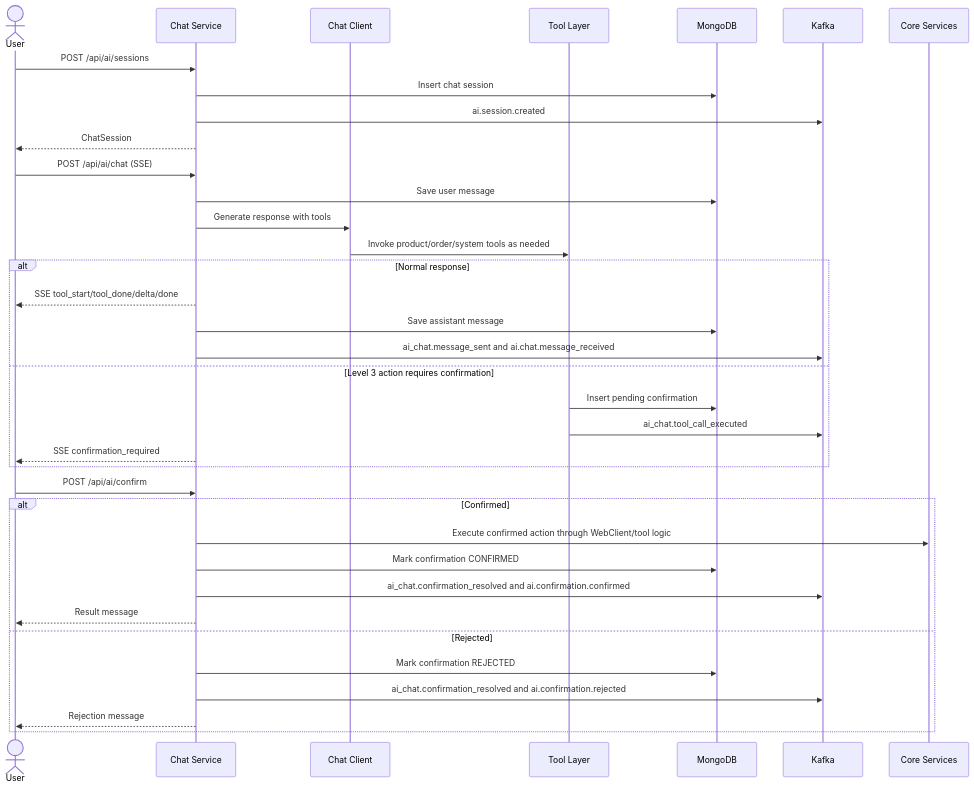
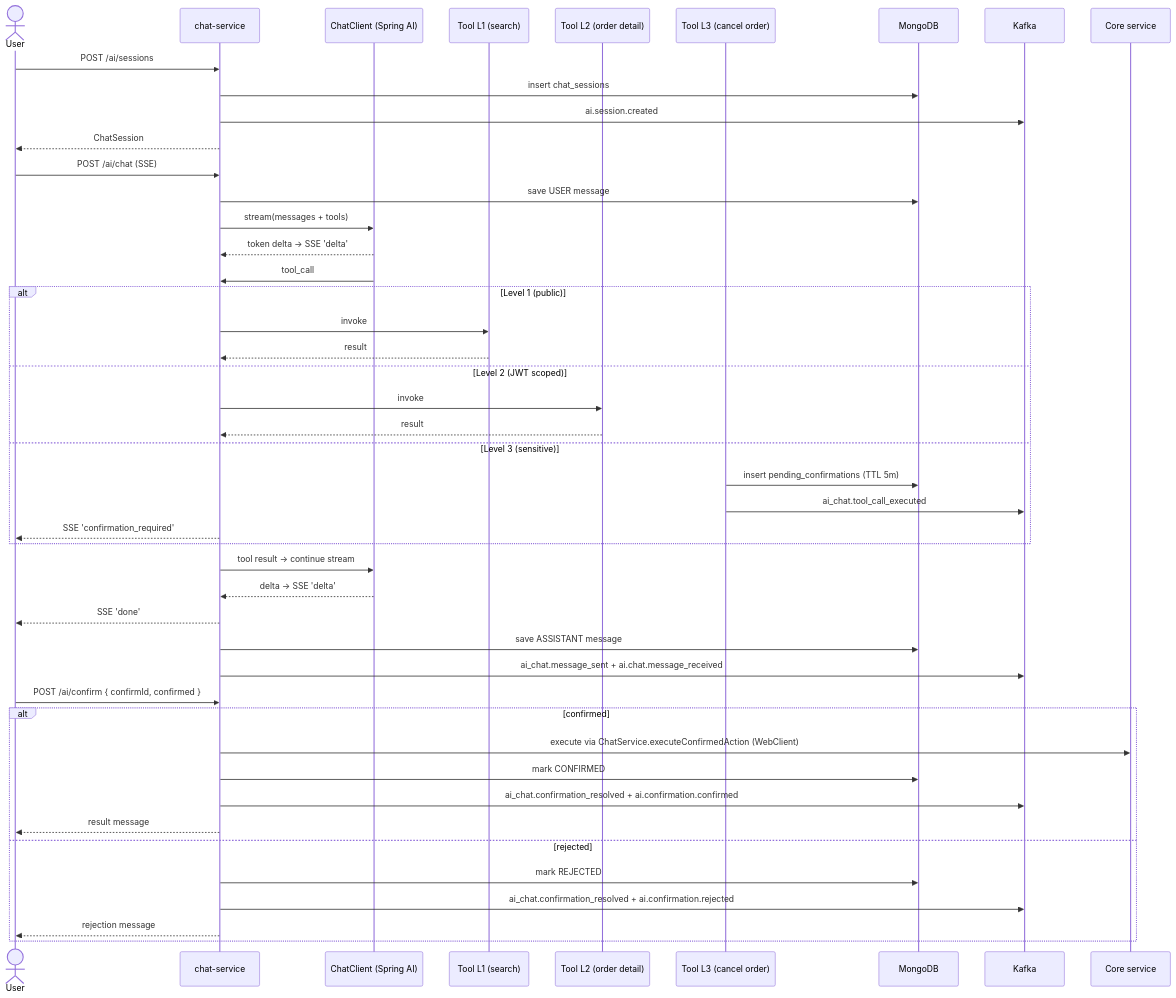
The first of 2 diagrams in documents/flows/ai-chat-service/flow-ai-chat-confirmation.md (ldqanh1408/stealing-from-paradise), drawn with Mermaid before and after one commit. The commit also changed other lines of this file and 48 other files, not shown here.

````diff
--- a/documents/flows/ai-chat-service/flow-ai-chat-confirmation.md
+++ b/documents/flows/ai-chat-service/flow-ai-chat-confirmation.md
@@ -14,41 +35,53 @@
 ```mermaid
 sequenceDiagram
     actor User
-    participant Chat as Chat Service
-    participant LLM as Chat Client
-    participant Tools as Tool Layer
-    participant DB as MongoDB
-    participant Kafka as Kafka
-    participant Core as Core Services
+    participant CH as chat-service
+    participant LLM as ChatClient (Spring AI)
+    participant T1 as Tool L1 (search)
+    participant T2 as Tool L2 (order detail)
+    participant T3 as Tool L3 (cancel order)
+    participant MG as MongoDB
+    participant K as Kafka
+    participant CORE as Core service
 
-    User->>Chat: POST /api/ai/sessions
-    Chat->>DB: Insert chat session
-    Chat->>Kafka: ai.session.created
-    Chat-->>User: ChatSession
+    User->>CH: POST /ai/sessions
+    CH->>MG: insert chat_sessions
+    CH->>K: ai.session.created
+    CH-->>User: ChatSession
 
-    User->>Chat: POST /api/ai/chat (SSE)
-    Chat->>DB: Save user message
-    Chat->>LLM: Generate response with tools
-    LLM->>Tools: Invoke product/order/system tools as needed
-    alt Normal response
-        Chat-->>User: SSE tool_start/tool_done/delta/done
-        Chat->>DB: Save assistant message
-        Chat->>Kafka: ai_chat.message_sent and ai.chat.message_received
-    else Level 3 action requires confirmation
-        Tools->>DB: Insert pending confirmation
-        Tools->>Kafka: ai_chat.tool_call_executed
-        Chat-->>User: SSE confirmation_required
+    User->>CH: POST /ai/chat (SSE)
+    CH->>MG: save USER message
+    CH->>LLM: stream(messages + tools)
+    LLM-->>CH: token delta → SSE 'delta'
+    LLM->>CH: tool_call
+
+    alt Level 1 (public)
+        CH->>T1: invoke
+        T1-->>CH: result
+    else Level 2 (JWT scoped)
+        CH->>T2: invoke
+        T2-->>CH: result
+    else Level 3 (sensitive)
+        T3->>MG: insert pending_confirmations (TTL 5m)
+        T3->>K: ai_chat.tool_call_executed
+        CH-->>User: SSE 'confirmation_required'
     end
 
-    User->>Chat: POST /api/ai/confirm
-    alt Confirmed
-        Chat->>Core: Execute confirmed action through WebClient/tool logic
-        Chat->>DB: Mark confirmation CONFIRMED
-        Chat->>Kafka: ai_chat.confirmation_resolved and ai.confirmation.confirmed
-        Chat-->>User: Result message
-    else Rejected
-        Chat->>DB: Mark confirmation REJECTED
-        Chat->>Kafka: ai_chat.confirmation_resolved and ai.confirmation.rejected
-        Chat-->>User: Rejection message
+    CH->>LLM: tool result → continue stream
+    LLM-->>CH: delta → SSE 'delta'
+    CH-->>User: SSE 'done'
+    CH->>MG: save ASSISTANT message
+    CH->>K: ai_chat.message_sent + ai.chat.message_received
+
+    User->>CH: POST /ai/confirm { confirmId, confirmed }
+    alt confirmed
+        CH->>CORE: execute via ChatService.executeConfirmedAction (WebClient)
+        CH->>MG: mark CONFIRMED
+        CH->>K: ai_chat.confirmation_resolved + ai.confirmation.confirmed
+        CH-->>User: result message
+    else rejected
+        CH->>MG: mark REJECTED
+        CH->>K: ai_chat.confirmation_resolved + ai.confirmation.rejected
+        CH-->>User: rejection message
     end
 ```
````
